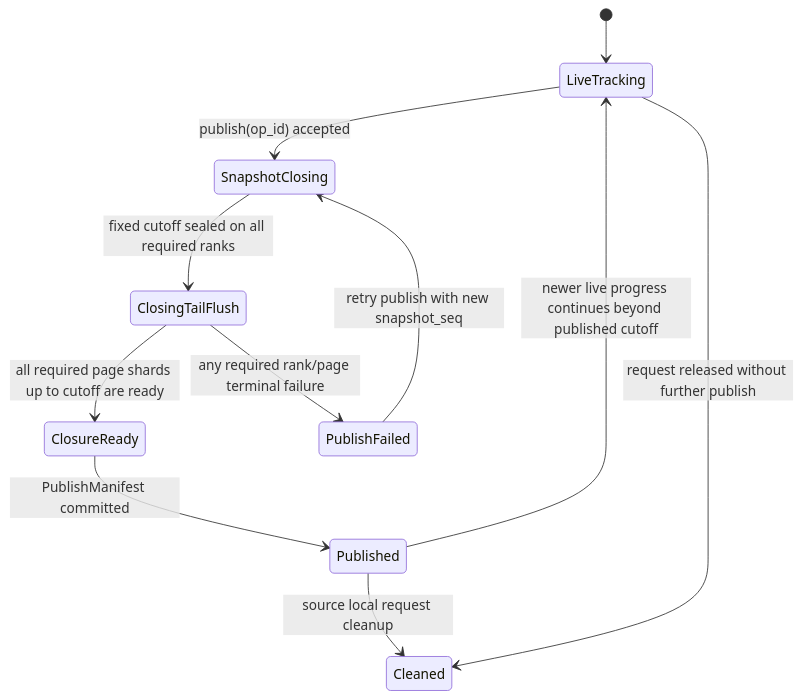
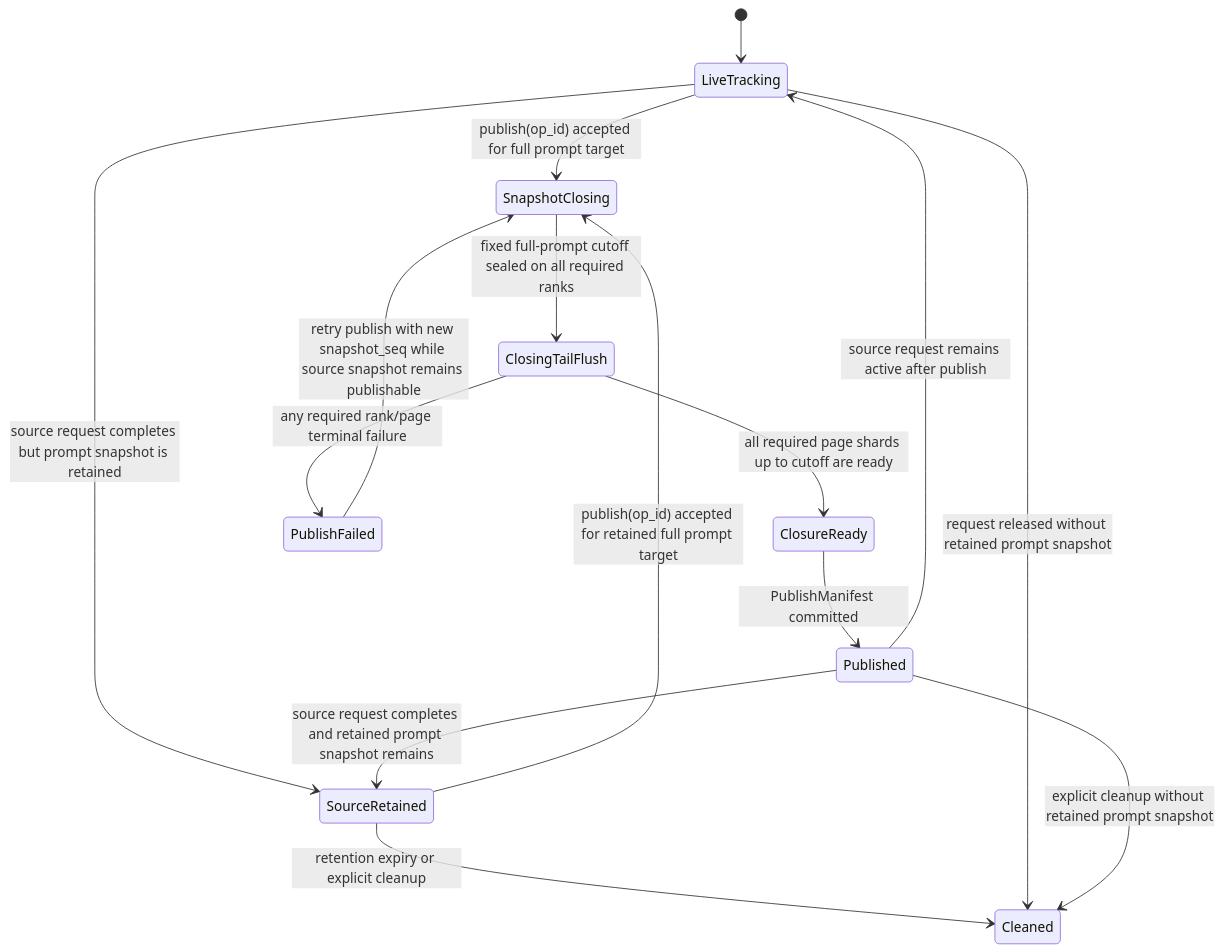
Diagram 21 of 24 in docs/tensorcast/tensorcast_kv_integration.md (tensorcast-ai/sglang), drawn with Mermaid before and after one commit. The commit also changed other lines of this file and 2 other files, not shown here.

````diff
--- a/docs/tensorcast/tensorcast_kv_integration.md
+++ b/docs/tensorcast/tensorcast_kv_integration.md
@@ -1979,13 +2155,17 @@
 ```mermaid
 stateDiagram-v2
     [*] --> LiveTracking
-    LiveTracking --> SnapshotClosing: publish(op_id) accepted
-    SnapshotClosing --> ClosingTailFlush: fixed cutoff sealed on all required ranks
+    LiveTracking --> SnapshotClosing: publish(op_id) accepted for full prompt target
+    LiveTracking --> SourceRetained: source request completes but prompt snapshot is retained
+    SourceRetained --> SnapshotClosing: publish(op_id) accepted for retained full prompt target
+    SnapshotClosing --> ClosingTailFlush: fixed full-prompt cutoff sealed on all required ranks
     ClosingTailFlush --> ClosureReady: all required page shards up to cutoff are ready
     ClosureReady --> Published: PublishManifest committed
     ClosingTailFlush --> PublishFailed: any required rank/page terminal failure
-    PublishFailed --> SnapshotClosing: retry publish with new snapshot_seq
-    Published --> LiveTracking: newer live progress continues beyond published cutoff
-    Published --> Cleaned: source local request cleanup
-    LiveTracking --> Cleaned: request released without further publish
+    PublishFailed --> SnapshotClosing: retry publish with new snapshot_seq while source snapshot remains publishable
+    Published --> LiveTracking: source request remains active after publish
+    Published --> SourceRetained: source request completes and retained prompt snapshot remains
+    SourceRetained --> Cleaned: retention expiry or explicit cleanup
+    LiveTracking --> Cleaned: request released without retained prompt snapshot
+    Published --> Cleaned: explicit cleanup without retained prompt snapshot
 ```
````
